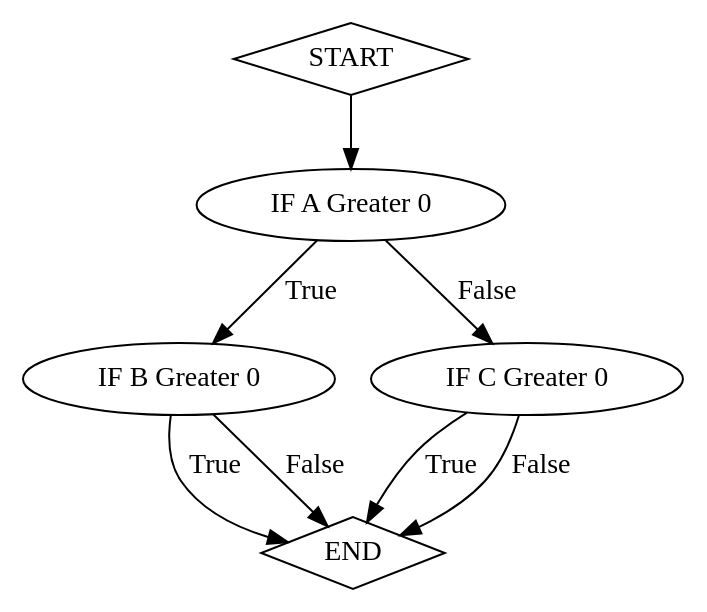
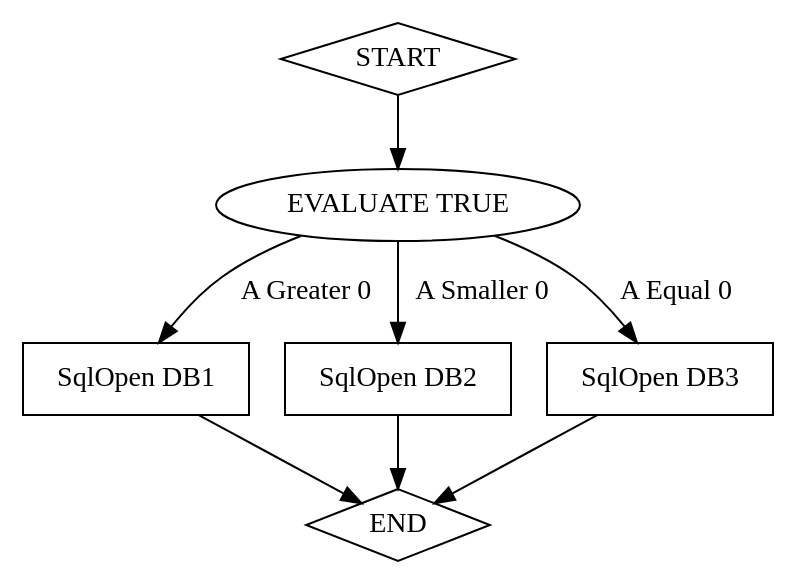
The diagram in doctest-output/test.gvz.gv (CelineDknp/SemiParsingCFG), drawn with Graphviz before and after one commit. The commit also changed 56 other files, not shown here.

```diff
--- a/doctest-output/test.gvz.gv
+++ b/doctest-output/test.gvz.gv
@@ -1,19 +1,21 @@
 digraph "test.gvz" {
 	node [shape=diamond]
 	0 [label=START]
 	node [shape=ellipse]
-	1 [label="IF A Greater 0"]
-	node [shape=ellipse]
-	2 [label="IF B Greater 0"]
-	node [shape=ellipse]
-	4 [label="IF C Greater 0"]
+	1 [label="EVALUATE TRUE"]
+	node [shape=box]
+	2 [label="SqlOpen DB1"]
+	node [shape=box]
+	3 [label="SqlOpen DB2"]
+	node [shape=box]
+	4 [label="SqlOpen DB3"]
 	node [shape=diamond]
-	7 [label=END]
+	6 [label=END]
 	0 -> 1
-	1 -> 2 [label=True]
-	1 -> 4 [label=False]
-	2 -> 7 [label=True]
-	2 -> 7 [label=False]
-	4 -> 7 [label=True]
-	4 -> 7 [label=False]
+	1 -> 2 [label="A Greater 0"]
+	1 -> 3 [label="A Smaller 0"]
+	1 -> 4 [label="A Equal 0"]
+	2 -> 6
+	3 -> 6
+	4 -> 6
 }
```
